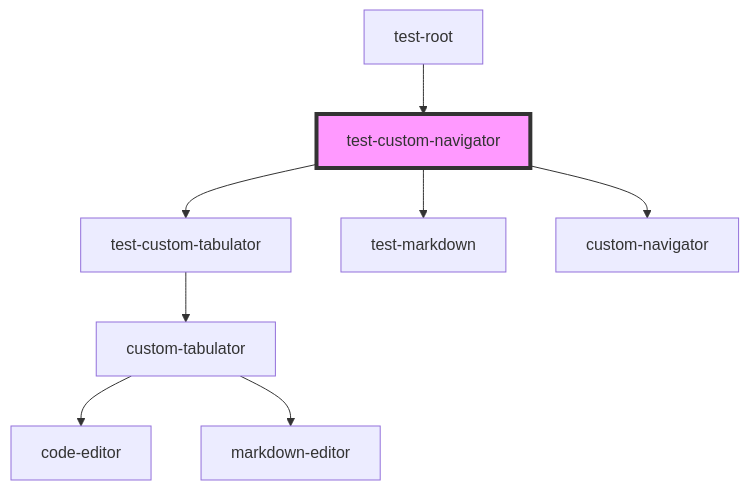
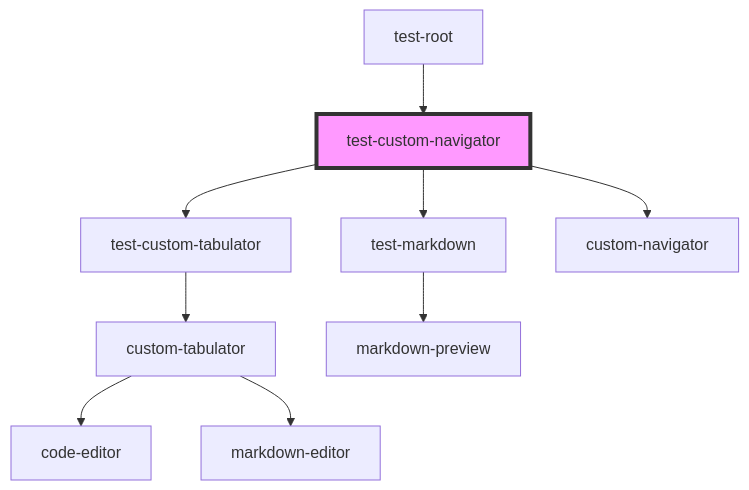
One commit to all41-dev/front.lib changed the diagram in src/components/test-custom-navigator/readme.md. Above: the diagram before and after it, drawn with Mermaid. The commit also changed 8 other files, not shown here.

````diff
--- a/src/components/test-custom-navigator/readme.md
+++ b/src/components/test-custom-navigator/readme.md
@@ -21,11 +21,12 @@
 ```mermaid
 graph TD;
   test-custom-navigator --> test-custom-tabulator
   test-custom-navigator --> test-markdown
   test-custom-navigator --> custom-navigator
   test-custom-tabulator --> custom-tabulator
   custom-tabulator --> code-editor
   custom-tabulator --> markdown-editor
+  test-markdown --> markdown-preview
   test-root --> test-custom-navigator
   style test-custom-navigator fill:#f9f,stroke:#333,stroke-width:4px
 ```
````
